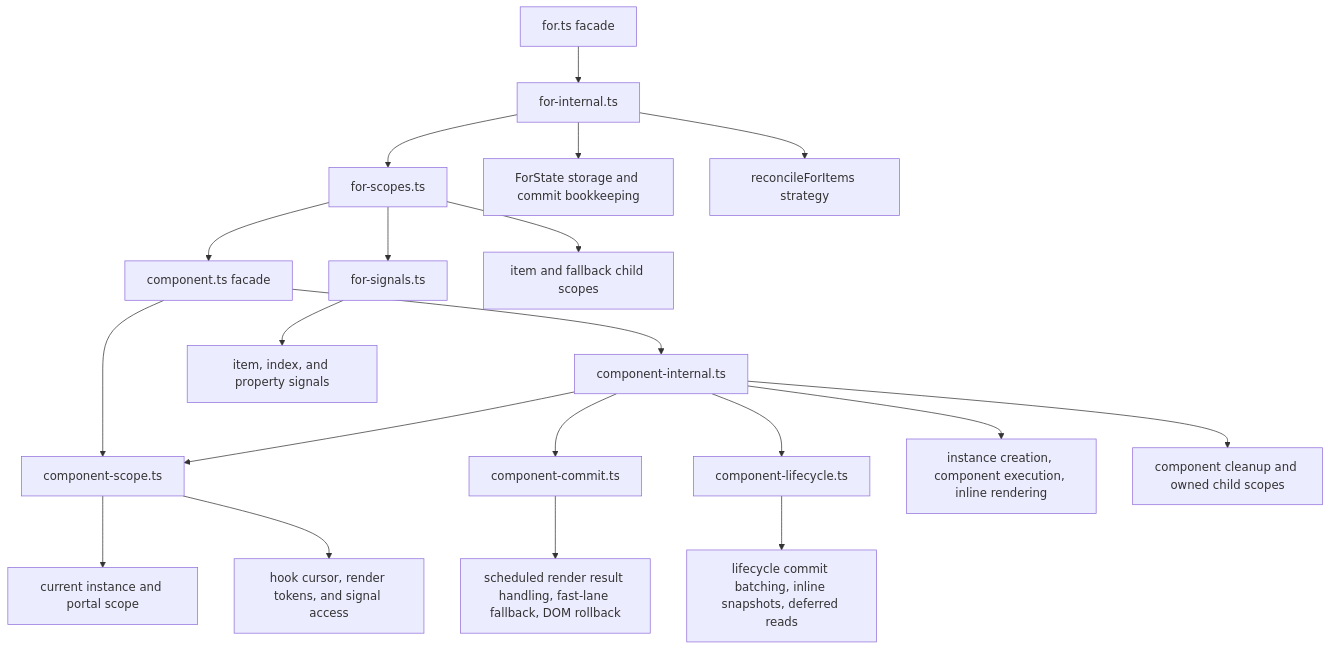
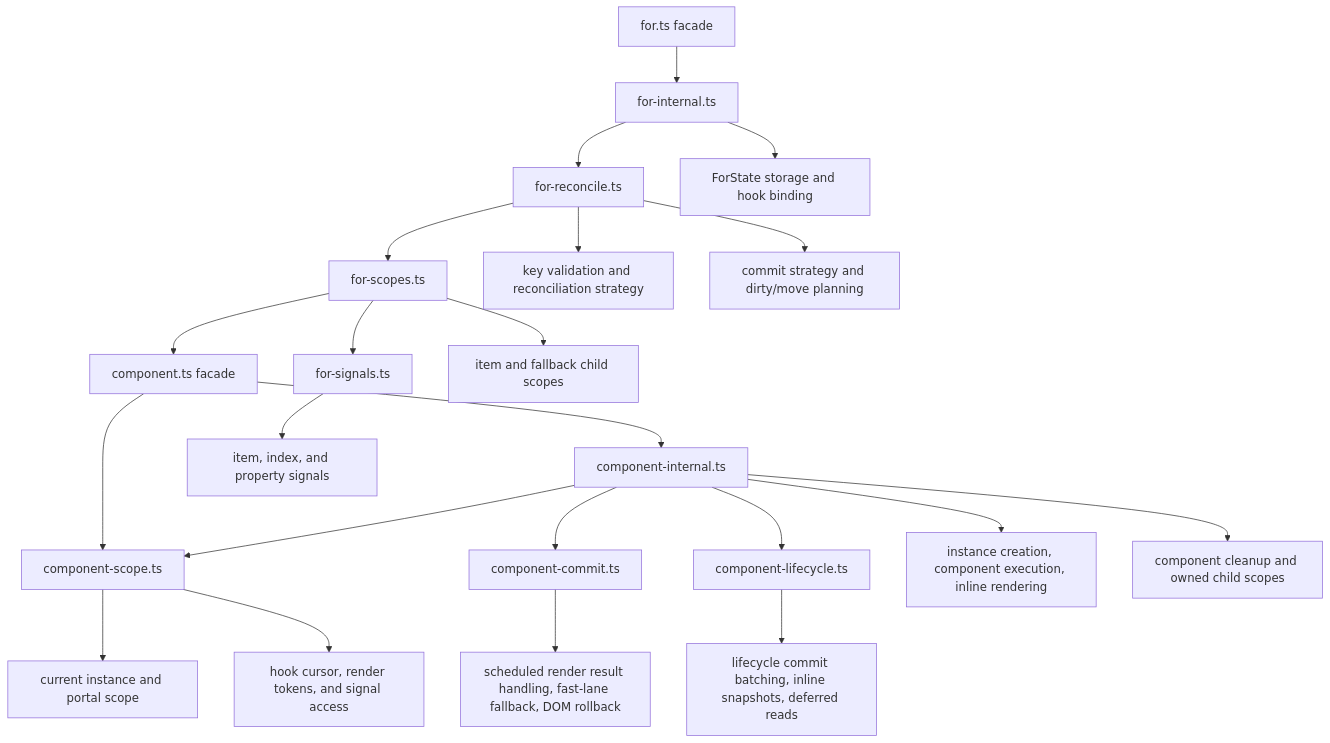
Before and after one commit to askrjs/askr: the third of 7 diagrams in docs/internals/runtime-reactivity.md, drawn with Mermaid. The commit also changed other lines of this file and 5 other files, not shown here.

````diff
--- a/docs/internals/runtime-reactivity.md
+++ b/docs/internals/runtime-reactivity.md
@@ -74,43 +74,47 @@
 ```mermaid
 flowchart TB
   componentFacade[component.ts facade]
   componentCore[component-internal.ts]
   componentScope[component-scope.ts]
   componentCommit[component-commit.ts]
   componentLifecycle[component-lifecycle.ts]
   current[current instance and portal scope]
   renderScope[hook cursor, render tokens, and signal access]
   scheduledCommit[scheduled render result handling, fast-lane fallback, DOM rollback]
   lifecycle[lifecycle commit batching, inline snapshots, deferred reads]
   render[instance creation, component execution, inline rendering]
   cleanup[component cleanup and owned child scopes]
 
   forFacade[for.ts facade]
   forCore[for-internal.ts]
+  forReconcile[for-reconcile.ts]
   forScopes[for-scopes.ts]
   forSignals[for-signals.ts]
-  forState[ForState storage and commit bookkeeping]
+  forState[ForState storage and hook binding]
   itemSignals[item, index, and property signals]
-  reconcile[reconcileForItems strategy]
+  reconcile[key validation and reconciliation strategy]
+  commitPlanning[commit strategy and dirty/move planning]
   scopeOwnership[item and fallback child scopes]
 
   componentFacade --> componentCore
   componentFacade --> componentScope
   componentCore --> componentScope
   componentCore --> componentCommit
   componentScope --> current
   componentScope --> renderScope
   componentCore --> componentLifecycle
   componentCommit --> scheduledCommit
   componentLifecycle --> lifecycle
   componentCore --> render
   componentCore --> cleanup
   forFacade --> forCore
   forCore --> forState
-  forCore --> forScopes
+  forCore --> forReconcile
+  forReconcile --> reconcile
+  forReconcile --> commitPlanning
+  forReconcile --> forScopes
   forScopes --> forSignals
   forSignals --> itemSignals
-  forCore --> reconcile
   forScopes --> scopeOwnership
   forScopes --> componentFacade
 ```
````
